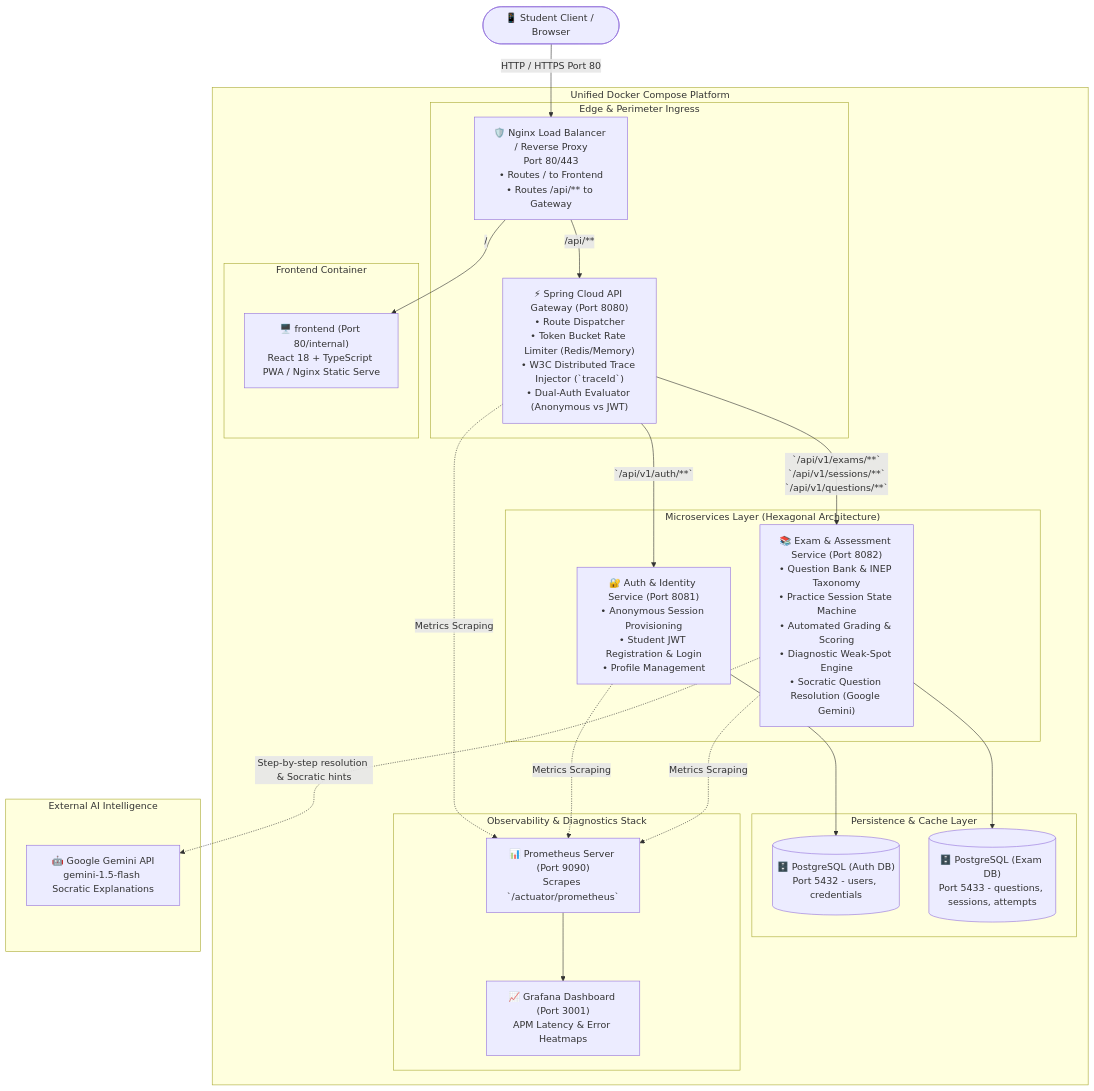
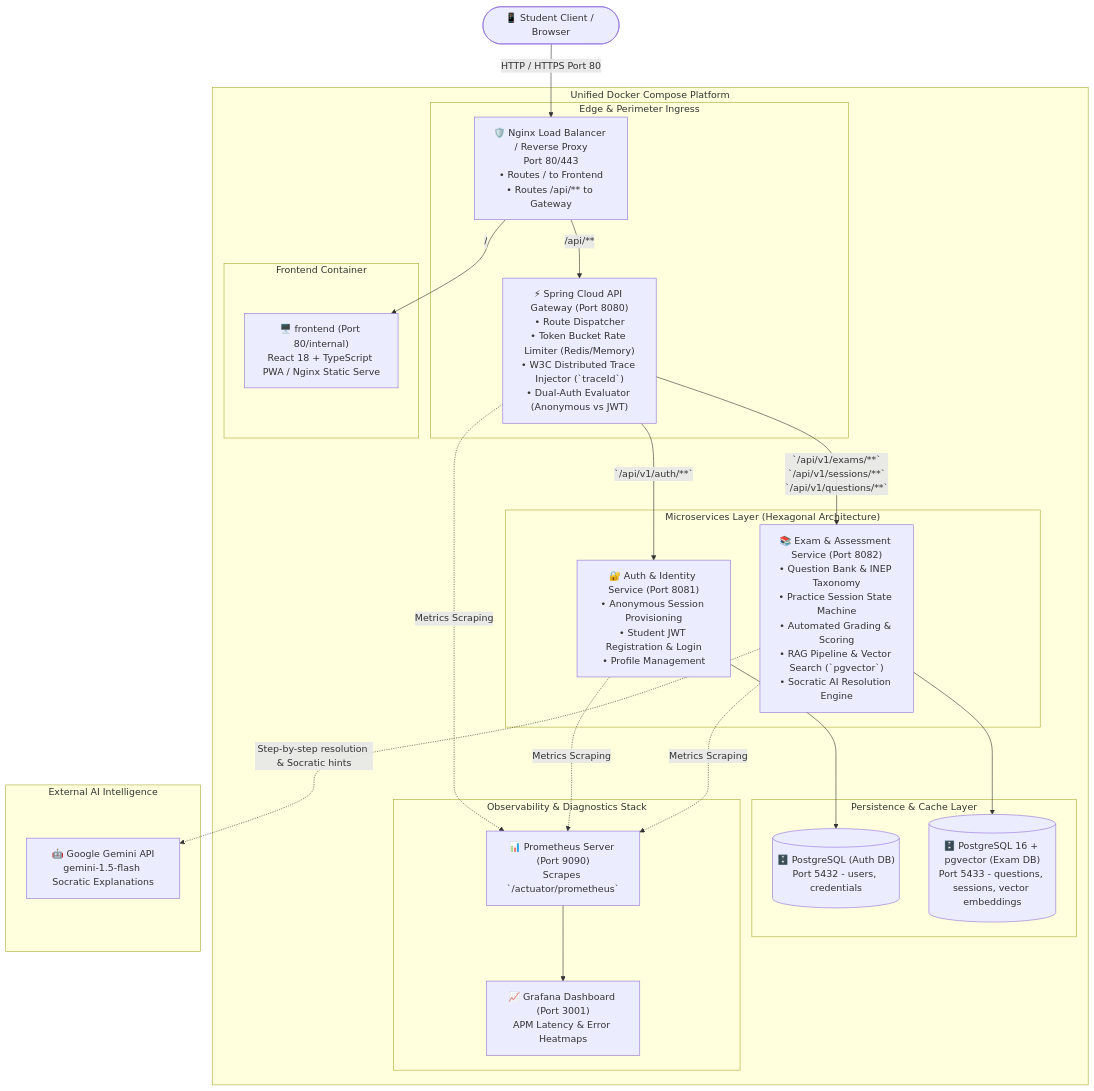
The first of 10 diagrams in docs/sprint-1/03-system-architecture.md (Veras-D/AprovaENEM), drawn with Mermaid before and after one commit. The commit also changed other lines of this file and 6 other files, not shown here.

Commit message:
feat(rag): architect RAG pipeline with PostgreSQL pgvector and HNSW semantic search

````diff
--- a/docs/sprint-1/03-system-architecture.md
+++ b/docs/sprint-1/03-system-architecture.md
@@ -15,50 +15,50 @@
 ```mermaid
 flowchart TD
     User([📱 Student Client / Browser])
     
     subgraph DockerComposePlatform ["Unified Docker Compose Platform"]
         subgraph Perimeter ["Edge & Perimeter Ingress"]
             LB["🛡️ Nginx Load Balancer / Reverse Proxy<br/>Port 80/443<br/>• Routes / to Frontend<br/>• Routes /api/** to Gateway"]
             APIGW["⚡ Spring Cloud API Gateway (Port 8080)<br/>• Route Dispatcher<br/>• Token Bucket Rate Limiter (Redis/Memory)<br/>• W3C Distributed Trace Injector (`traceId`)<br/>• Dual-Auth Evaluator (Anonymous vs JWT)"]
         end
 
         subgraph FrontendLayer ["Frontend Container"]
             FrontendUI["🖥️ frontend (Port 80/internal)<br/>React 18 + TypeScript PWA / Nginx Static Serve"]
         end
 
         subgraph Services ["Microservices Layer (Hexagonal Architecture)"]
             AuthSvc["🔐 Auth & Identity Service (Port 8081)<br/>• Anonymous Session Provisioning<br/>• Student JWT Registration & Login<br/>• Profile Management"]
-            ExamSvc["📚 Exam & Assessment Service (Port 8082)<br/>• Question Bank & INEP Taxonomy<br/>• Practice Session State Machine<br/>• Automated Grading & Scoring<br/>• Diagnostic Weak-Spot Engine<br/>• Socratic Question Resolution (Google Gemini)"]
+            ExamSvc["📚 Exam & Assessment Service (Port 8082)<br/>• Question Bank & INEP Taxonomy<br/>• Practice Session State Machine<br/>• Automated Grading & Scoring<br/>• RAG Pipeline & Vector Search (`pgvector`)<br/>• Socratic AI Resolution Engine"]
         end
 
         subgraph DataLayer ["Persistence & Cache Layer"]
             PostgresAuth[("🗄️ PostgreSQL (Auth DB)<br/>Port 5432 - users, credentials")]
-            PostgresExam[("🗄️ PostgreSQL (Exam DB)<br/>Port 5433 - questions, sessions, attempts")]
+            PostgresExam[("🗄️ PostgreSQL 16 + pgvector (Exam DB)<br/>Port 5433 - questions, sessions, vector embeddings")]
         end
 
         subgraph ObservabilityStack ["Observability & Diagnostics Stack"]
             Prometheus["📊 Prometheus Server (Port 9090)<br/>Scrapes `/actuator/prometheus`"]
             Grafana["📈 Grafana Dashboard (Port 3001)<br/>APM Latency & Error Heatmaps"]
         end
     end
 
     subgraph ExternalAI ["External AI Intelligence"]
         GeminiAPI["🤖 Google Gemini API<br/>gemini-1.5-flash Socratic Explanations"]
     end
 
     User -->|HTTP / HTTPS Port 80| LB
     LB -->|/| FrontendUI
     LB -->|/api/**| APIGW
     
     APIGW -->|`/api/v1/auth/**`| AuthSvc
     APIGW -->|`/api/v1/exams/**`<br/>`/api/v1/sessions/**`<br/>`/api/v1/questions/**`| ExamSvc
 
     AuthSvc --> PostgresAuth
     ExamSvc --> PostgresExam
     ExamSvc -.->|Step-by-step resolution & Socratic hints| GeminiAPI
 
     APIGW -.->|Metrics Scraping| Prometheus
     AuthSvc -.->|Metrics Scraping| Prometheus
     ExamSvc -.->|Metrics Scraping| Prometheus
     Prometheus --> Grafana
 ```
````
